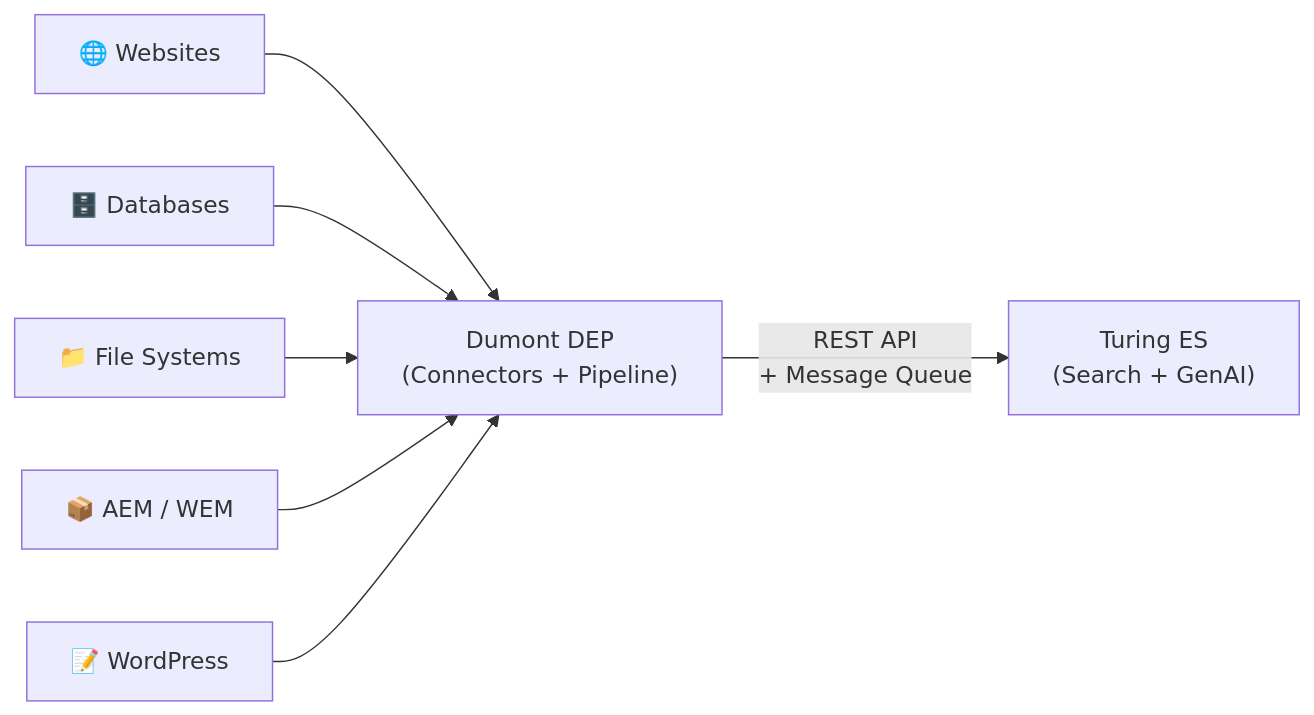
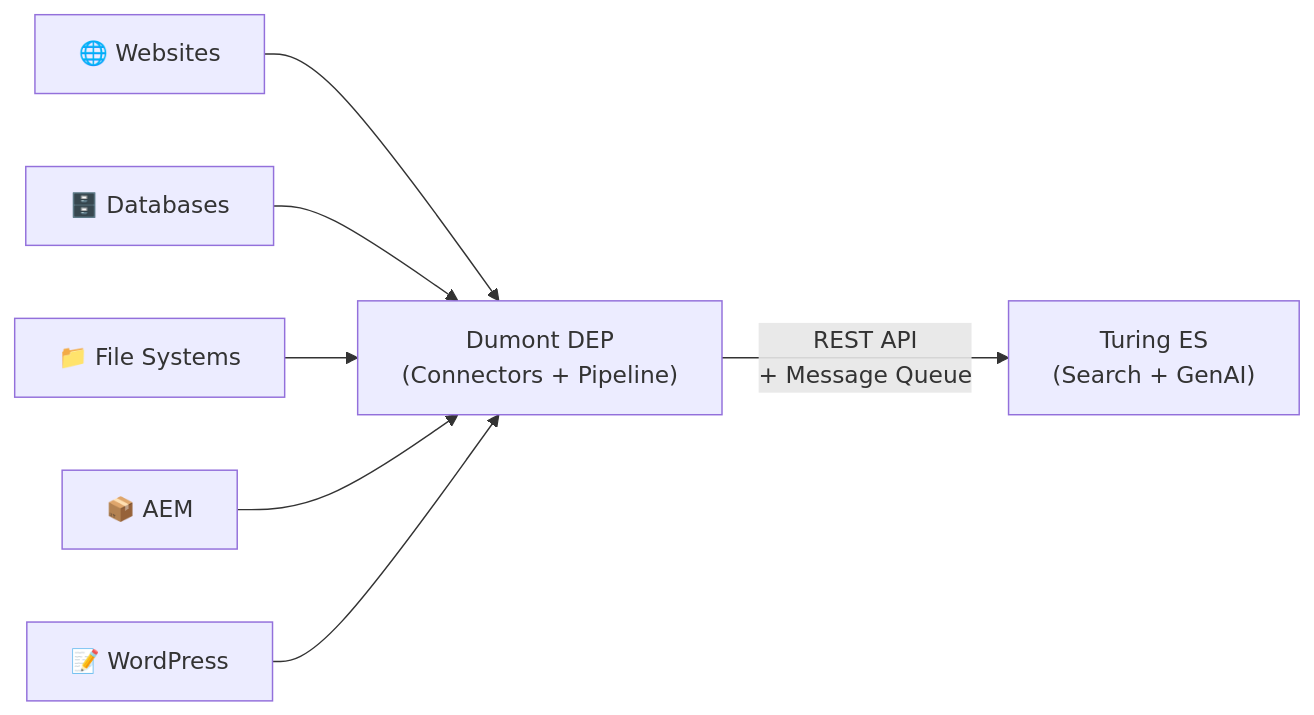
The diagram in docs-dumont/getting-started/intro.md (openviglet/docs), drawn with Mermaid before and after one commit. The commit also changed 7 other files, not shown here.

First line of the commit message:
Add AEM event listener guide; remove WEM

````diff
--- a/docs-dumont/getting-started/intro.md
+++ b/docs-dumont/getting-started/intro.md
@@ -45,20 +45,20 @@
 ```mermaid
 graph LR
     WEB["🌐 Websites"]
     DB["🗄️ Databases"]
     FS["📁 File Systems"]
-    AEM["📦 AEM / WEM"]
+    AEM["📦 AEM"]
     WP["📝 WordPress"]
 
     DUM["Dumont DEP\n(Connectors + Pipeline)"]
 
     TUR["Turing ES\n(Search + GenAI)"]
 
     WEB --> DUM
     DB --> DUM
     FS --> DUM
     AEM --> DUM
     WP --> DUM
 
     DUM -->|"REST API\n+ Message Queue"| TUR
 ```
````
